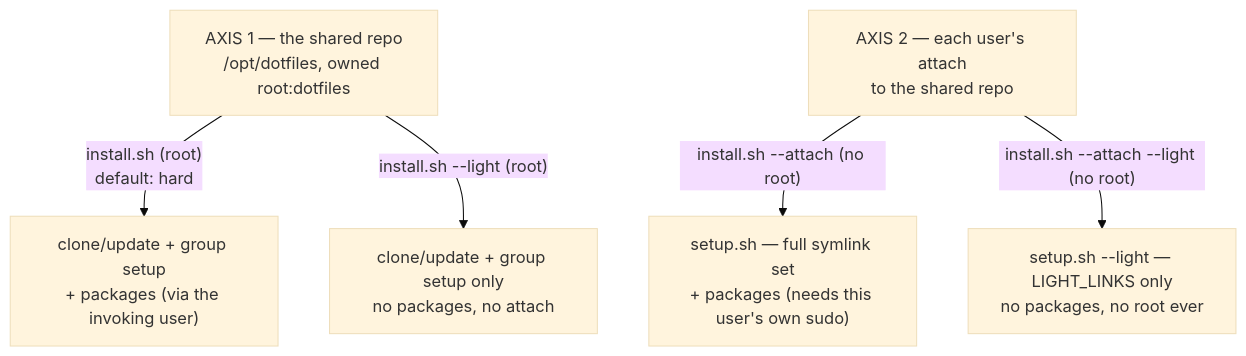
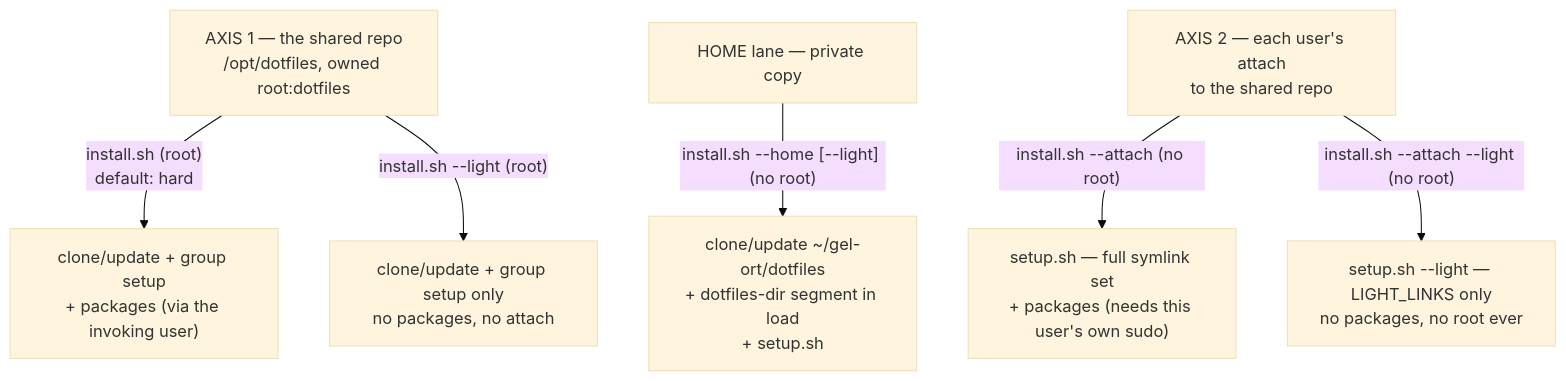
One commit to raxetul/dotfiles changed the diagram in doc/opt-dotfiles-install.md. Above: the diagram before and after it, drawn with Mermaid (base theme). The commit also changed other lines of this file and 2 other files, not shown here.

Commit message:
feat(install): add --home lane that pins DOTFILES_DIR in load

````diff
--- a/doc/opt-dotfiles-install.md
+++ b/doc/opt-dotfiles-install.md
@@ -7,10 +7,13 @@
 ```mermaid
 graph TD
     A["AXIS 1 — the shared repo<br/>/opt/dotfiles, owned root:dotfiles"]
     A -->|"install.sh (root)<br/>default: hard"| A1["clone/update + group setup<br/>+ packages (via the invoking user)"]
     A -->|"install.sh --light (root)"| A2["clone/update + group setup only<br/>no packages, no attach"]
 
+    H["HOME lane — private copy"]
+    H -->|"install.sh --home [--light] (no root)"| H1["clone/update ~/gel-ort/dotfiles<br/>+ dotfiles-dir segment in load<br/>+ setup.sh"]
+
     B["AXIS 2 — each user's attach<br/>to the shared repo"]
     B -->|"install.sh --attach (no root)"| B1["setup.sh — full symlink set<br/>+ packages (needs this user's own sudo)"]
     B -->|"install.sh --attach --light (no root)"| B2["setup.sh --light — LIGHT_LINKS only<br/>no packages, no root ever"]
 ```
````
